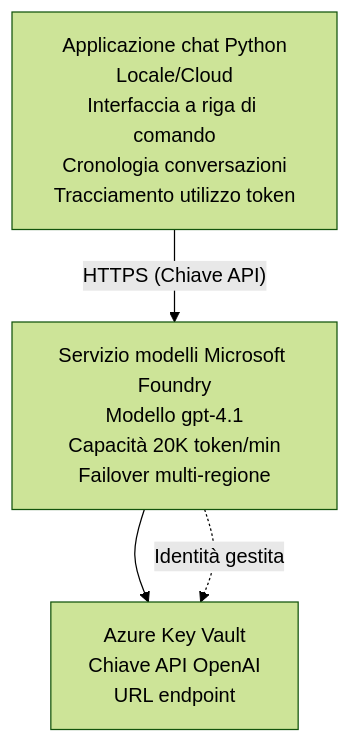
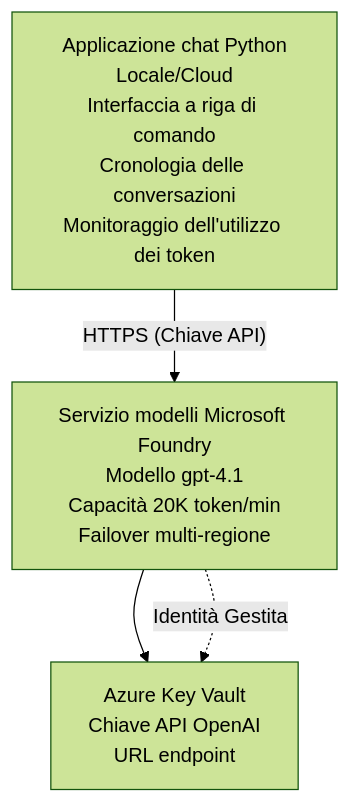
One commit to microsoft/AZD-for-beginners changed the diagram in translations/it/examples/azure-openai-chat/README.md. Above: the diagram before and after it, drawn with Mermaid (forest theme). The commit also changed other lines of this file and 104 other files, not shown here.

````diff
--- a/translations/it/examples/azure-openai-chat/README.md
+++ b/translations/it/examples/azure-openai-chat/README.md
@@ -26,6 +26,6 @@
 ```mermaid
 graph TD
-    App[Applicazione chat Python<br/>Locale/Cloud<br/>Interfaccia a riga di comando<br/>Cronologia conversazioni<br/>Tracciamento utilizzo token] -- "HTTPS (Chiave API)" --> Foundry[Servizio modelli Microsoft Foundry<br/>Modello gpt-4.1<br/>Capacità 20K token/min<br/>Failover multi-regione]
+    App[Applicazione chat Python<br/>Locale/Cloud<br/>Interfaccia a riga di comando<br/>Cronologia delle conversazioni<br/>Monitoraggio dell'utilizzo dei token] -- "HTTPS (Chiave API)" --> Foundry[Servizio modelli Microsoft Foundry<br/>Modello gpt-4.1<br/>Capacità 20K token/min<br/>Failover multi-regione]
     Foundry --> KV[Azure Key Vault<br/>Chiave API OpenAI<br/>URL endpoint]
-    Foundry -. Identità gestita .-> KV
+    Foundry -. Identità Gestita .-> KV
 ```
````
